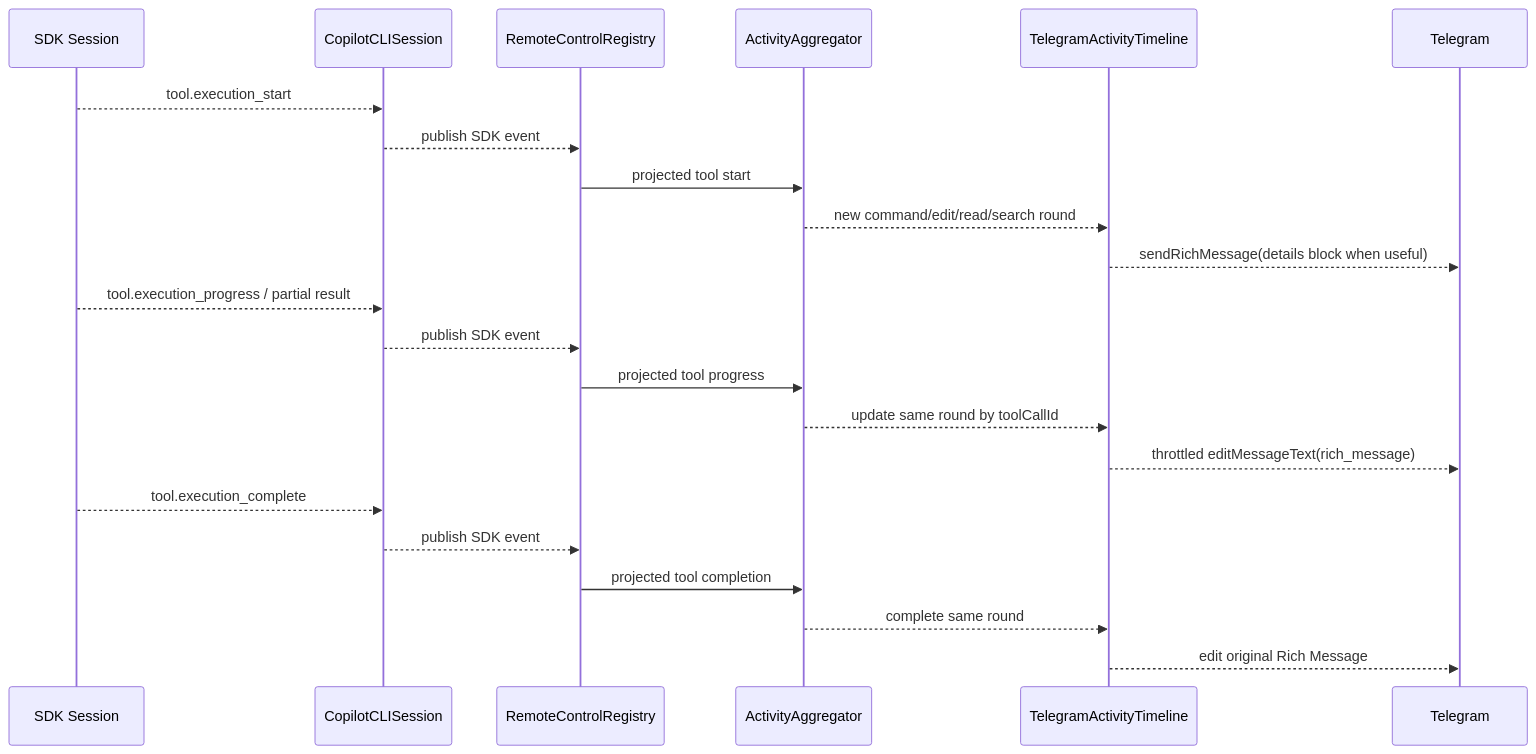
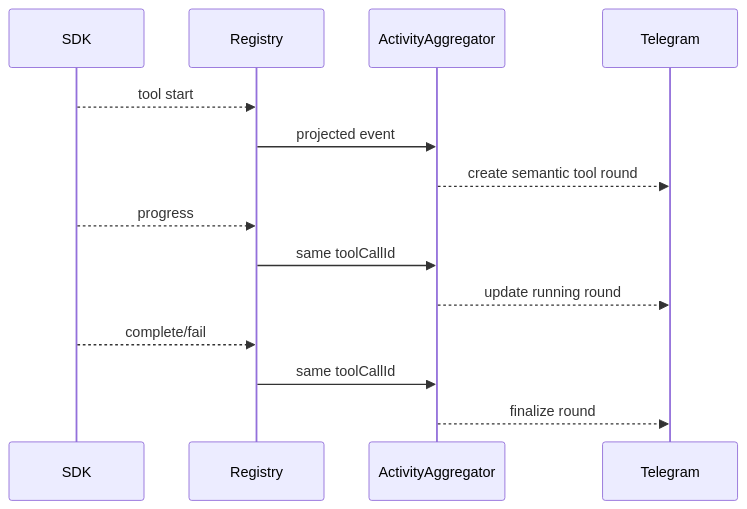
One commit to SachiHarshitha/vscode-telegram changed the tenth of 17 diagrams in extensions/copilot/docs/telegram-remote/CALL_FLOWS.md. Above: the diagram before and after it, drawn with Mermaid. The commit also changed other lines of this file, not shown here.

Commit message:
docs(telegram-remote): align call flows with current runtime

````diff
--- a/extensions/copilot/docs/telegram-remote/CALL_FLOWS.md
+++ b/extensions/copilot/docs/telegram-remote/CALL_FLOWS.md
@@ -248,25 +227,17 @@
 ```mermaid
 sequenceDiagram
-    participant SDK as SDK Session
-    participant S as CopilotCLISession
-    participant C as RemoteControlRegistry
+    participant SDK as SDK
+    participant REG as Registry
     participant A as ActivityAggregator
-    participant TL as TelegramActivityTimeline
     participant T as Telegram
 
-    SDK-->>S: tool.execution_start
-    S-->>C: publish SDK event
-    C->>A: projected tool start
-    A-->>TL: new command/edit/read/search round
-    TL-->>T: sendRichMessage(details block when useful)
-    SDK-->>S: tool.execution_progress / partial result
-    S-->>C: publish SDK event
-    C->>A: projected tool progress
-    A-->>TL: update same round by toolCallId
-    TL-->>T: throttled editMessageText(rich_message)
-    SDK-->>S: tool.execution_complete
-    S-->>C: publish SDK event
-    C->>A: projected tool completion
-    A-->>TL: complete same round
-    TL-->>T: edit original Rich Message
+    SDK-->>REG: tool start
+    REG->>A: projected event
+    A-->>T: create semantic tool round
+    SDK-->>REG: progress
+    REG->>A: same toolCallId
+    A-->>T: update running round
+    SDK-->>REG: complete/fail
+    REG->>A: same toolCallId
+    A-->>T: finalize round
 ```
````
